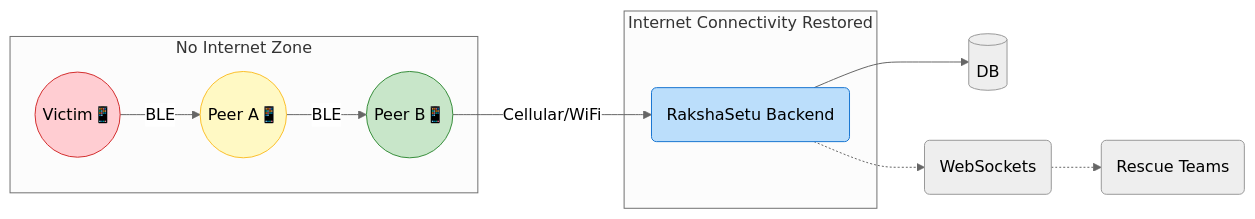
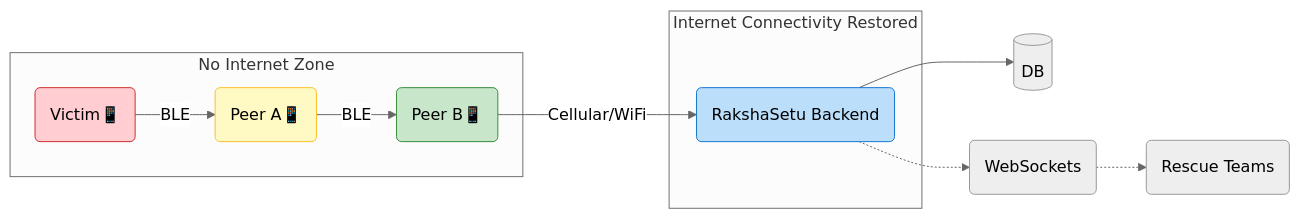
One commit to neutron420/RakshaSetu changed the fourth of 4 diagrams in docs/diagrams.md. Above: the diagram before and after it, drawn with Mermaid (neutral theme). The commit also changed other lines of this file and 1 other file, not shown here.

Commit message:
docs: Add initial project README and detailed architecture and flow diagrams.

````diff
--- a/docs/diagrams.md
+++ b/docs/diagrams.md
@@ -170,19 +170,19 @@
 ```mermaid
 graph LR
     subgraph No Internet Zone
-        Victim1((Victim📱)) -- BLE --> PeerA((Peer A📱))
-        PeerA -- BLE --> PeerB((Peer B📱))
+        Victim1("Victim📱") -- BLE --> PeerA("Peer A📱")
+        PeerA("Peer A📱") -- BLE --> PeerB("Peer B📱")
     end
     
     subgraph Internet Connectivity Restored
-        PeerB -- Cellular/WiFi --> API(RakshaSetu Backend)
+        PeerB -- Cellular/WiFi --> API("RakshaSetu Backend")
     end
     
     API --> DB[(DB)]
-    API -.-> WS(WebSockets) -.-> Teams(Rescue Teams)
+    API -.-> WS("WebSockets") -.-> Teams("Rescue Teams")
     
     style Victim1 fill:#ffcdd2,stroke:#d32f2f
     style PeerA fill:#fff9c4,stroke:#fbc02d
     style PeerB fill:#c8e6c9,stroke:#388e3c
     style API fill:#bbdefb,stroke:#1976d2
 ```
````
